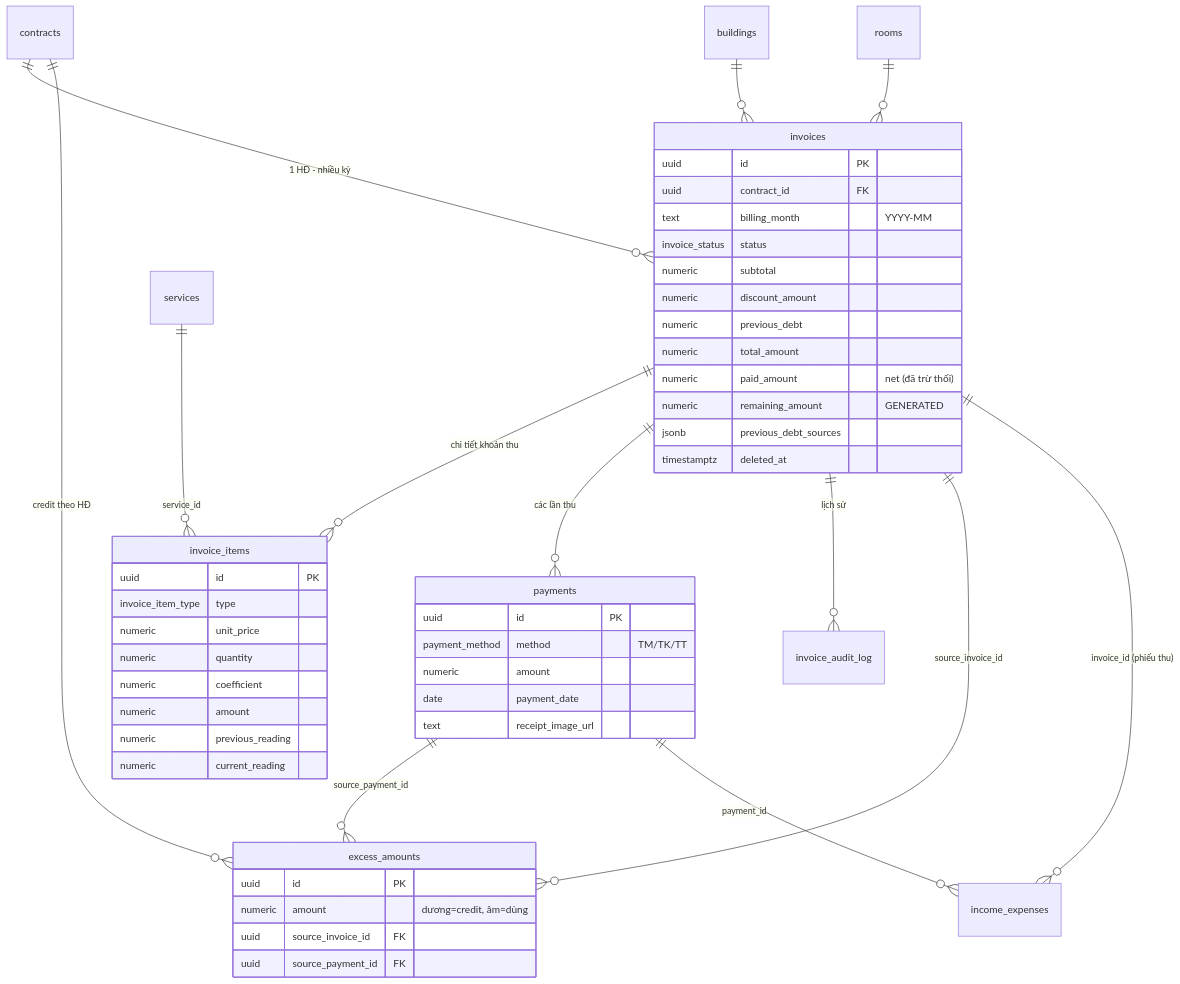
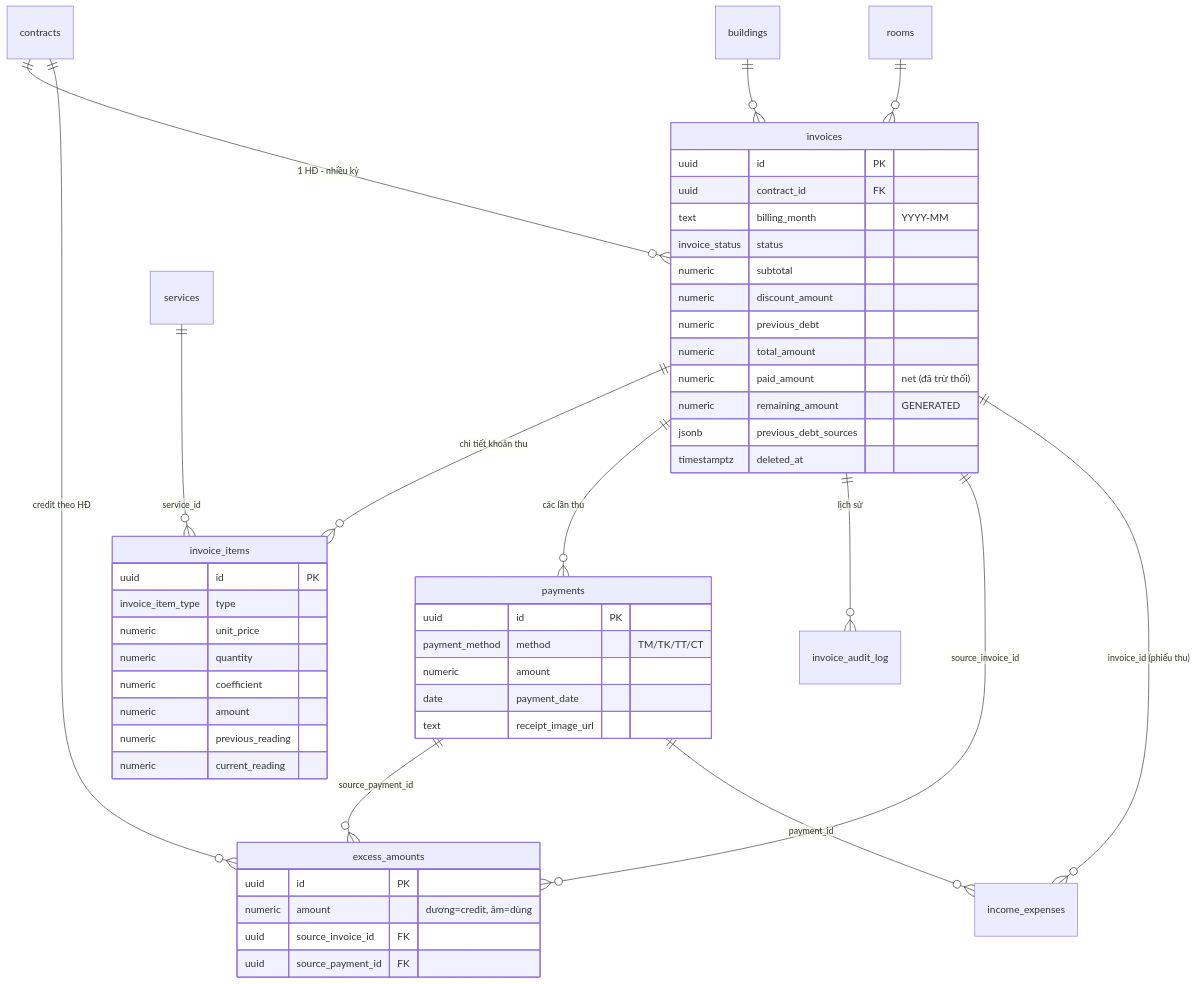
One commit to zxGreenxz/whiteboard-ihomecrm changed the first of 5 diagrams in docs/he-thong/07-hoa-don-thanh-toan.md. Above: the diagram before and after it, drawn with Mermaid. The commit also changed other lines of this file and 20 other files, not shown here.

````diff
--- a/docs/he-thong/07-hoa-don-thanh-toan.md
+++ b/docs/he-thong/07-hoa-don-thanh-toan.md
@@ -111,53 +113,53 @@
 ```mermaid
 erDiagram
     contracts ||--o{ invoices : "1 HĐ - nhiều kỳ"
     buildings ||--o{ invoices : ""
     rooms ||--o{ invoices : ""
     invoices ||--o{ invoice_items : "chi tiết khoản thu"
     invoices ||--o{ payments : "các lần thu"
     invoices ||--o{ invoice_audit_log : "lịch sử"
     contracts ||--o{ excess_amounts : "credit theo HĐ"
     invoices ||--o{ excess_amounts : "source_invoice_id"
     payments ||--o{ excess_amounts : "source_payment_id"
     invoices ||--o{ income_expenses : "invoice_id (phiếu thu)"
     payments ||--o{ income_expenses : "payment_id"
     services ||--o{ invoice_items : "service_id"
 
     invoices {
         uuid id PK
         uuid contract_id FK
         text billing_month "YYYY-MM"
         invoice_status status
         numeric subtotal
         numeric discount_amount
         numeric previous_debt
         numeric total_amount
         numeric paid_amount "net (đã trừ thối)"
         numeric remaining_amount "GENERATED"
         jsonb previous_debt_sources
         timestamptz deleted_at
     }
     invoice_items {
         uuid id PK
         invoice_item_type type
         numeric unit_price
         numeric quantity
         numeric coefficient
         numeric amount
         numeric previous_reading
         numeric current_reading
     }
     payments {
         uuid id PK
-        payment_method method "TM/TK/TT"
+        payment_method method "TM/TK/TT/CT"
         numeric amount
         date payment_date
         text receipt_image_url
     }
     excess_amounts {
         uuid id PK
         numeric amount "dương=credit, âm=dùng"
         uuid source_invoice_id FK
         uuid source_payment_id FK
     }
 ```
````
